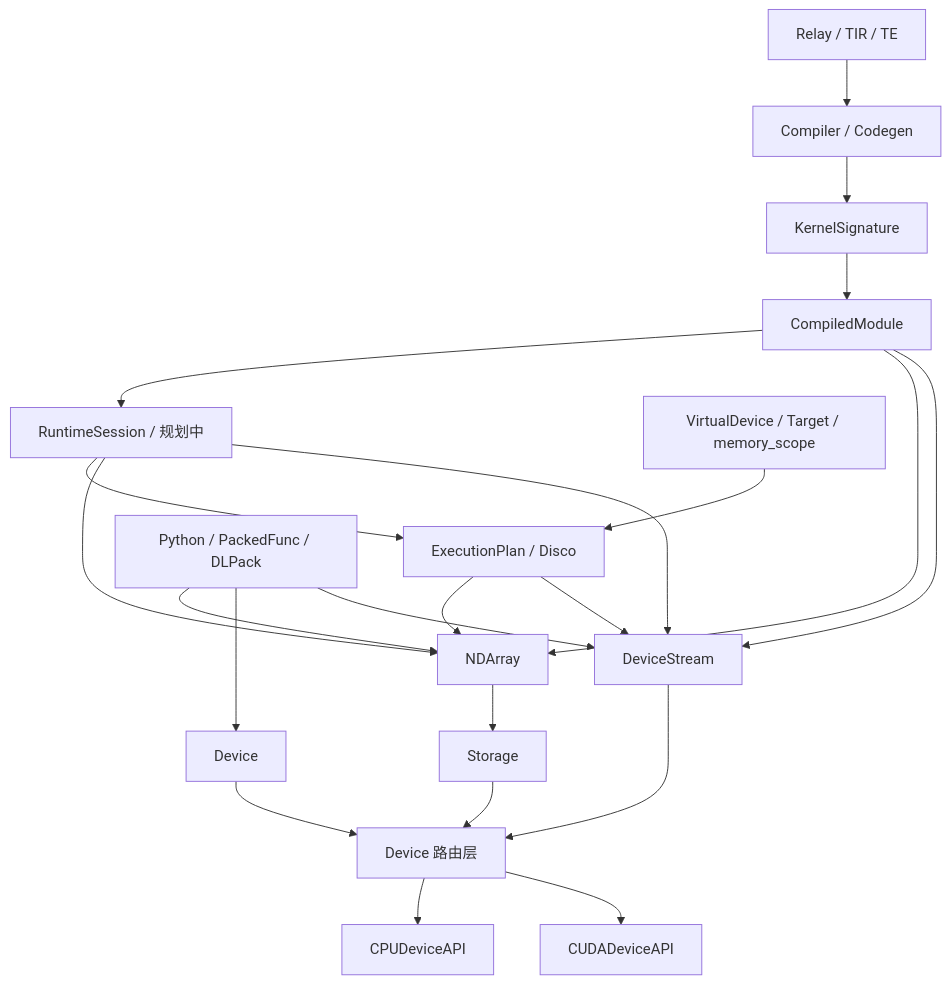
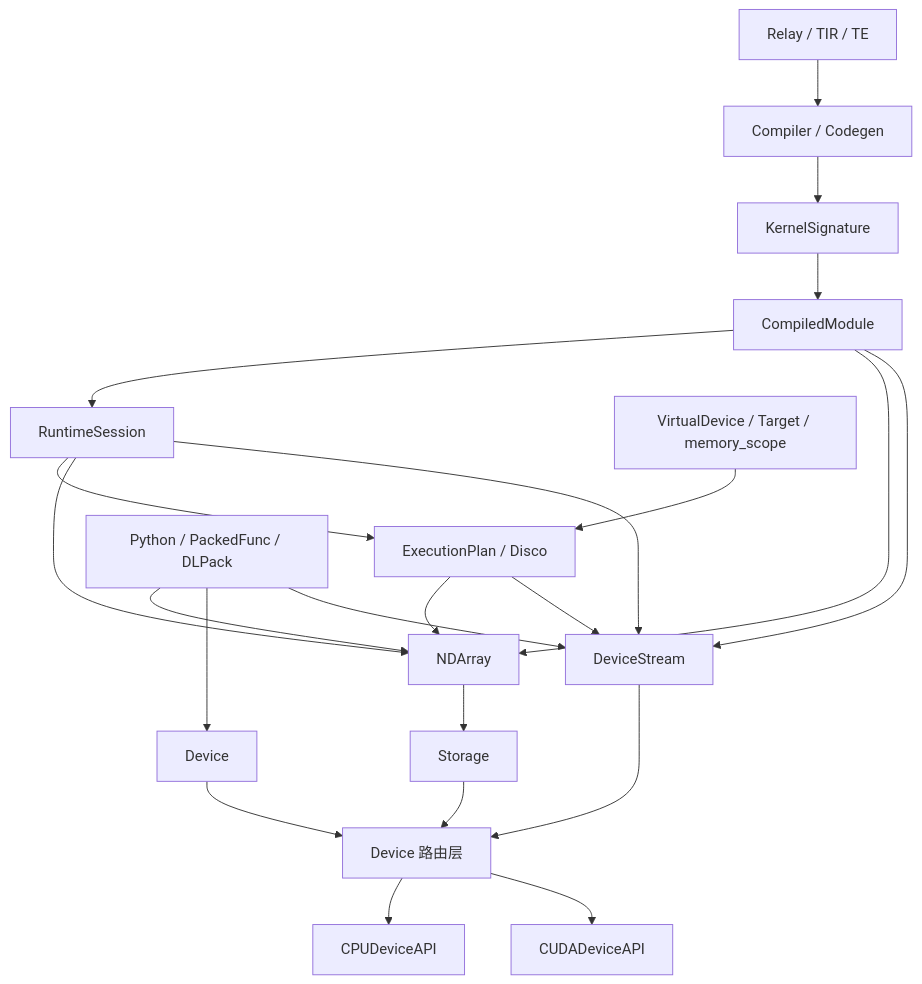
Before and after one commit to KDZZZZZZ/hdkx-aicompiler: the first of 3 diagrams in docs/DEVICE_MODEL.md, drawn with Mermaid. The commit also changed other lines of this file and 2 other files, not shown here.

Commit message:
docs: finalize runtime session model

````diff
--- a/docs/DEVICE_MODEL.md
+++ b/docs/DEVICE_MODEL.md
@@ -19,28 +19,28 @@
 ```mermaid
 flowchart TB
     IR[Relay / TIR / TE] --> Compiler[Compiler / Codegen]
     Compiler --> Signature[KernelSignature]
     Signature --> Runtime[CompiledModule]
-    Runtime --> FutureSession[RuntimeSession / 规划中]
-    FutureSession --> Plan[ExecutionPlan / Disco]
+    Runtime --> Session[RuntimeSession]
+    Session --> Plan[ExecutionPlan / Disco]
 
     Plan --> NDArray
     Runtime --> NDArray
-    FutureSession --> NDArray
+    Session --> NDArray
     NDArray --> Storage
     Storage --> Router[Device 路由层]
     Router --> CPU[CPUDeviceAPI]
     Router --> CUDA[CUDADeviceAPI]
 
     Runtime --> Stream[DeviceStream]
-    FutureSession --> Stream
+    Session --> Stream
     Plan --> Stream
     Stream --> Router
 
     Python[Python / PackedFunc / DLPack] --> NDArray
     Python --> Device
     Python --> Stream
 
     VirtualDevice[VirtualDevice / Target / memory_scope] --> Plan
     Device --> Router
 ```
````
